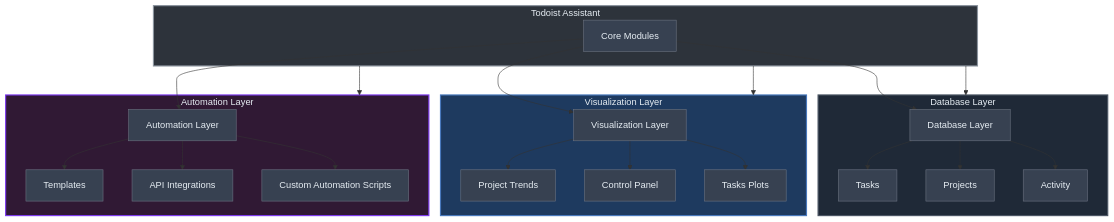
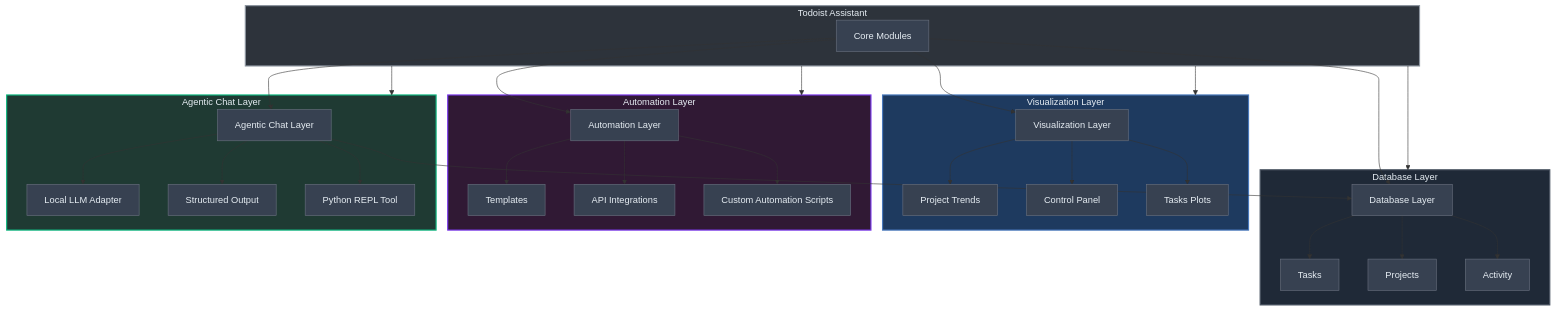
Before and after one commit to mtyrolski/todoist-assistant: the diagram in README.md, drawn with Mermaid. The commit also changed other lines of this file and 14 other files, not shown here.

````diff
--- a/README.md
+++ b/README.md
@@ -35,54 +37,69 @@
 ```mermaid
 flowchart TD
     A["Core Modules"] --> B["Automation Layer"]
     A --> C["Database Layer"]
     A --> D["Visualization Layer"]
+    A --> N["Agentic Chat Layer"]
     
     B --> E["Templates"]
     B --> F["API Integrations"]
     B --> G["Custom Automation Scripts"]
     
     C --> H["Tasks"]
     C --> I["Projects"]
     C --> J["Activity"]
     
     D --> K["Project Trends"]
     D --> L["Control Panel"]
     D --> M["Tasks Plots"]
+
+    N --> O["Local LLM Adapter"]
+    N --> P["Structured Output"]
+    N --> Q["Python REPL Tool"]
+    N --> C
     
     subgraph TodoistAssistant["Todoist Assistant"]
         style TodoistAssistant fill:#2d333b,stroke:#8b949e,stroke-width:2px,color:#e6edf3
         A
     end
     
     subgraph DatabaseLayer["Database Layer"]
         style DatabaseLayer fill:#1f2937,stroke:#4b5563,stroke-width:2px,color:#e6edf3
         C
         H
         I
         J
     end
     
     subgraph VisualizationLayer["Visualization Layer"]
         style VisualizationLayer fill:#1e3a5f,stroke:#4878bc,stroke-width:2px,color:#e6edf3
         D
         K
         L
         M
     end
     
     subgraph AutomationLayer["Automation Layer"]
         style AutomationLayer fill:#301934,stroke:#7c3aed,stroke-width:2px,color:#e6edf3
         B
         E
         F
         G
     end
+
+    subgraph AgentLayer["Agentic Chat Layer"]
+        style AgentLayer fill:#1f3a33,stroke:#10b981,stroke-width:2px,color:#e6edf3
+        N
+        O
+        P
+        Q
+    end
     
     TodoistAssistant --> DatabaseLayer
     TodoistAssistant --> VisualizationLayer
     TodoistAssistant --> AutomationLayer
+    TodoistAssistant --> AgentLayer
     
     classDef darkNode fill:#374151,stroke:#6b7280,color:#e6edf3;
-    class A,B,C,D,E,F,G,H,I,J,K,L,M darkNode;
+    class A,B,C,D,E,F,G,H,I,J,K,L,M,N,O,P,Q darkNode;
 ```
````
